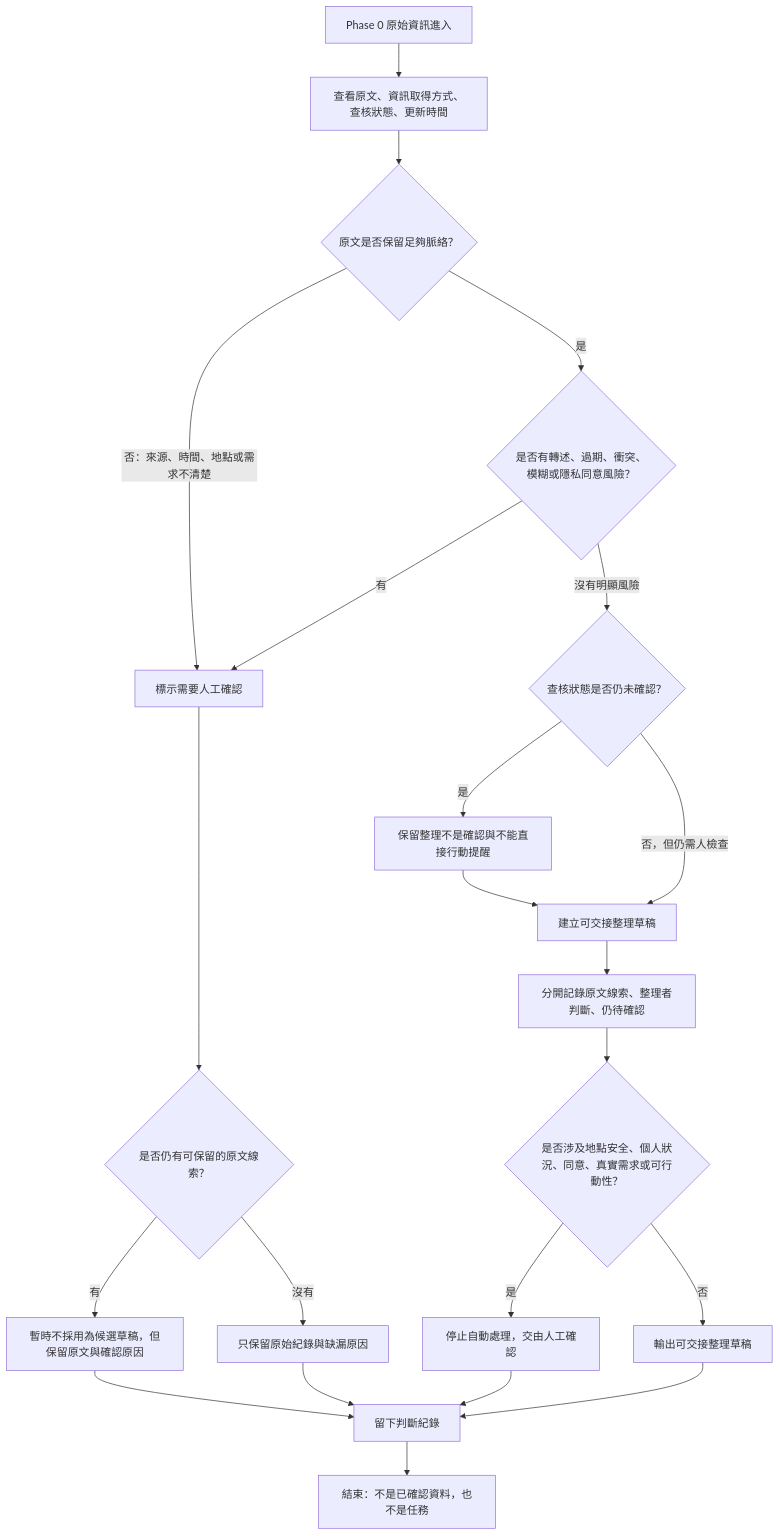
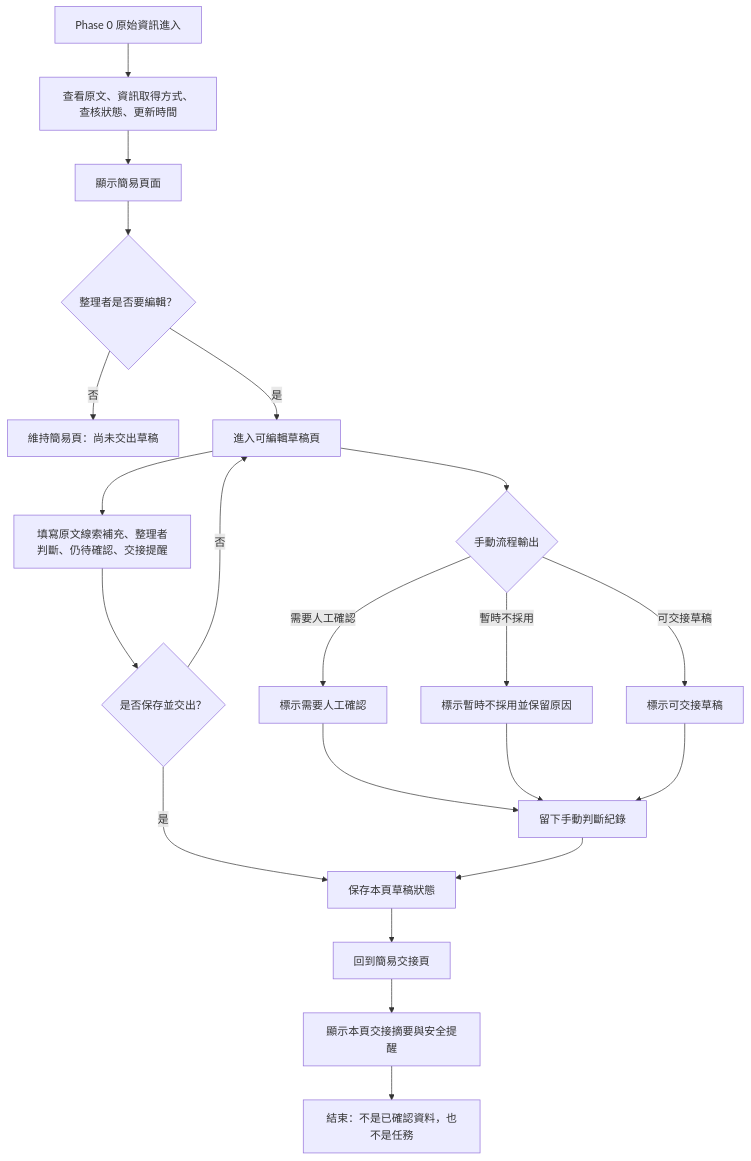
Before and after one commit to SITCON-Camp-2026/t3-m5-se-disaster: the diagram in docs/flow.md, drawn with Mermaid. The commit also changed other lines of this file and 7 other files, not shown here.

````diff
--- a/docs/flow.md
+++ b/docs/flow.md
@@ -30,24 +30,23 @@
 ```mermaid
 flowchart TD
   A["Phase 0 原始資訊進入"] --> B["查看原文、資訊取得方式、查核狀態、更新時間"]
-  B --> C{"原文是否保留足夠脈絡？"}
-  C -->|否：來源、時間、地點或需求不清楚| D["標示需要人工確認"]
-  C -->|是| E{"是否有轉述、過期、衝突、模糊或隱私同意風險？"}
-  E -->|有| D
-  E -->|沒有明顯風險| F{"查核狀態是否仍未確認？"}
-  F -->|是| G["保留整理不是確認與不能直接行動提醒"]
-  F -->|否，但仍需人檢查| H["建立可交接整理草稿"]
-  G --> H
-  H --> I["分開記錄原文線索、整理者判斷、仍待確認"]
-  I --> J{"是否涉及地點安全、個人狀況、同意、真實需求或可行動性？"}
-  J -->|是| K["停止自動處理，交由人工確認"]
-  J -->|否| L["輸出可交接整理草稿"]
-  D --> M{"是否仍有可保留的原文線索？"}
-  M -->|有| N["暫時不採用為候選草稿，但保留原文與確認原因"]
-  M -->|沒有| O["只保留原始紀錄與缺漏原因"]
-  K --> P["留下判斷紀錄"]
-  L --> P
-  N --> P
-  O --> P
+  B --> C["顯示簡易頁面"]
+  C --> D{"整理者是否要編輯？"}
+  D -->|否| E["維持簡易頁：尚未交出草稿"]
+  D -->|是| F["進入可編輯草稿頁"]
+  F --> G["填寫原文線索補充、整理者判斷、仍待確認、交接提醒"]
+  F --> H{"手動流程輸出"}
+  H -->|需要人工確認| I["標示需要人工確認"]
+  H -->|暫時不採用| J["標示暫時不採用並保留原因"]
+  H -->|可交接草稿| K["標示可交接草稿"]
+  I --> L["留下手動判斷紀錄"]
+  J --> L
+  K --> L
+  G --> M{"是否保存並交出？"}
+  M -->|否| F
+  M -->|是| N["保存本頁草稿狀態"]
+  L --> N
+  N --> O["回到簡易交接頁"]
+  O --> P["顯示本頁交接摘要與安全提醒"]
   P --> Q["結束：不是已確認資料，也不是任務"]
 ```
````
